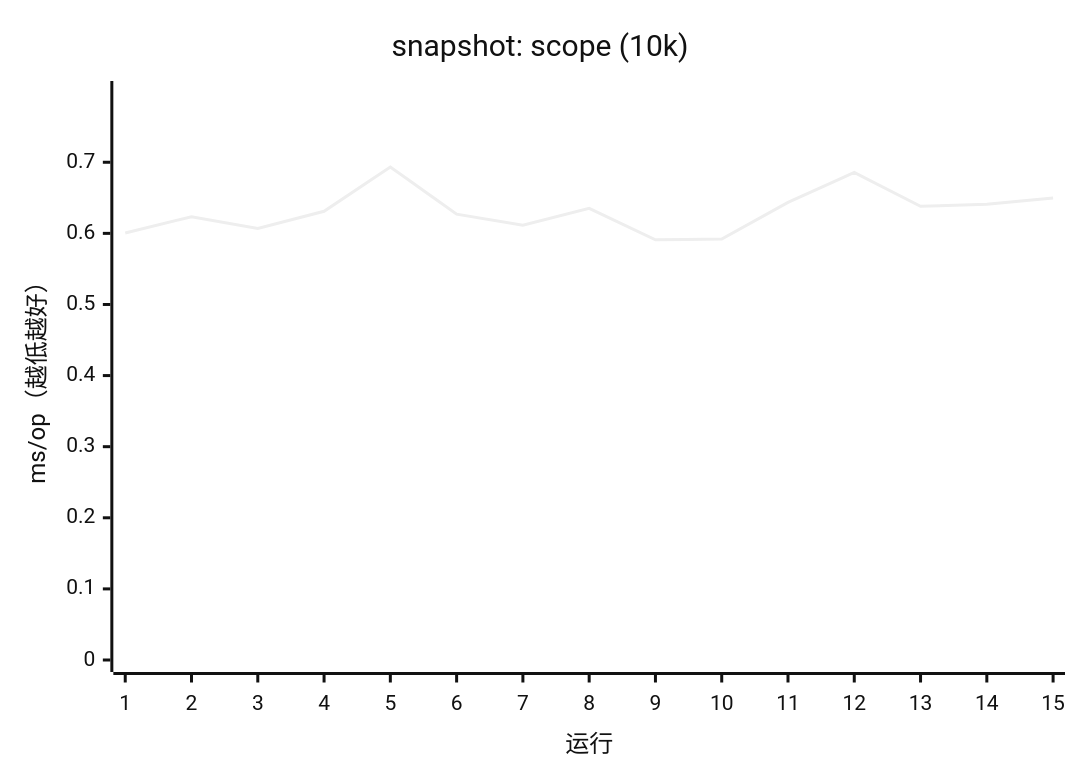
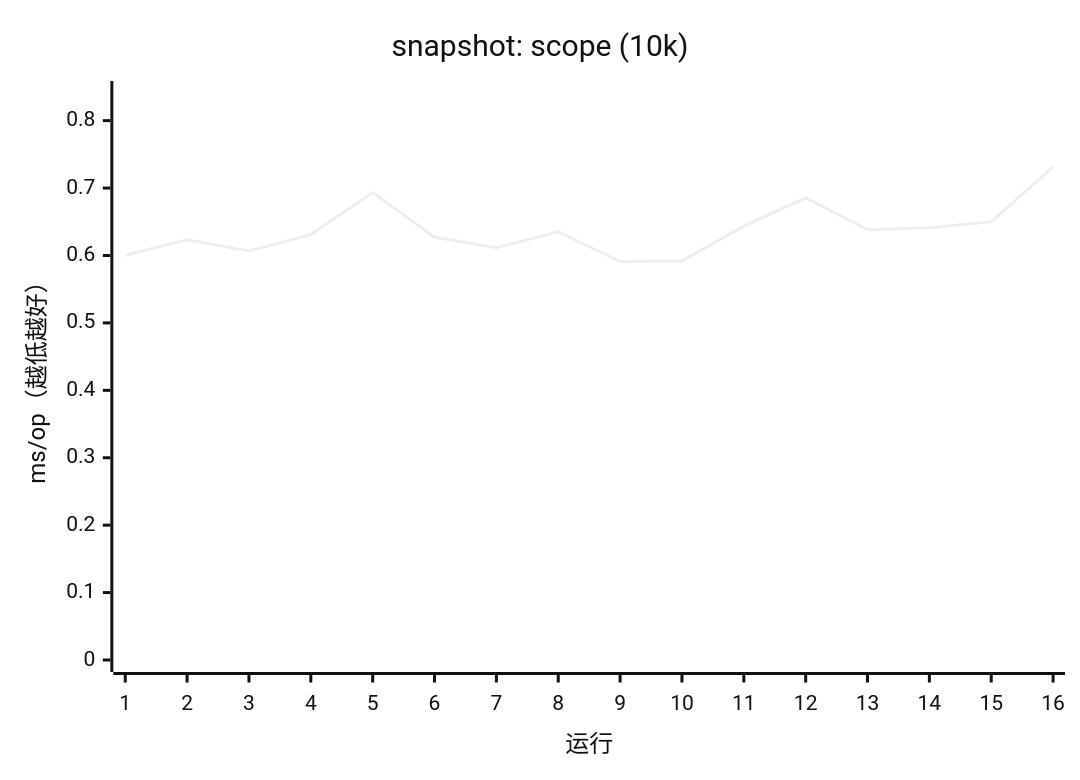
One commit to AIluffy/io changed the second of 17 diagrams in apps/docs/src/content/docs/guides/benchmark.mdx. Above: the diagram before and after it, drawn with Mermaid (neutral theme). The commit also changed other lines of this file and 25 other files, not shown here.

````diff
--- a/apps/docs/src/content/docs/guides/benchmark.mdx
+++ b/apps/docs/src/content/docs/guides/benchmark.mdx
@@ -209,7 +192,7 @@
 ```mermaid
 xychart-beta
   title "snapshot: scope (10k)"
-  x-axis "运行" [1, 2, 3, 4, 5, 6, 7, 8, 9, 10, 11, 12, 13, 14, 15]
-  y-axis "ms/op（越低越好）" 0 --> 0.7974
-  line [0.6004, 0.6234, 0.6068, 0.631, 0.6934, 0.627, 0.6114, 0.6352, 0.591, 0.5919, 0.6436, 0.6856, 0.638, 0.6411, 0.6498]
+  x-axis "运行" [1, 2, 3, 4, 5, 6, 7, 8, 9, 10, 11, 12, 13, 14, 15, 16]
+  y-axis "ms/op（越低越好）" 0 --> 0.841
+  line [0.6004, 0.6234, 0.6068, 0.631, 0.6934, 0.627, 0.6114, 0.6352, 0.591, 0.5919, 0.6436, 0.6856, 0.638, 0.6411, 0.6498, 0.7313]
 ```
````
